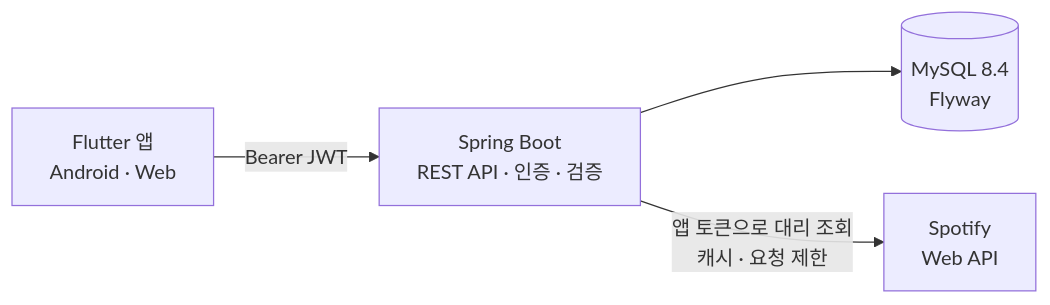
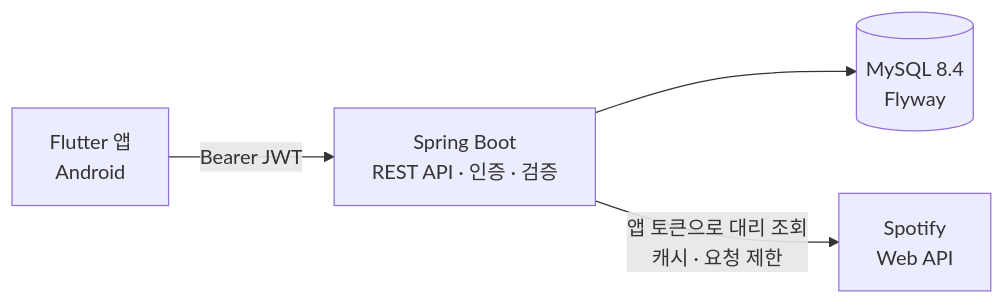
The first of 3 diagrams in README.md (minwoo0708/PLIVIEW_server), drawn with Mermaid before and after one commit. The commit also changed other lines of this file, not shown here.

````diff
--- a/README.md
+++ b/README.md
@@ -48,6 +48,6 @@
 ```mermaid
 flowchart LR
-    App["Flutter 앱<br/>Android · Web"] -- "Bearer JWT" --> API["Spring Boot<br/>REST API · 인증 · 검증"]
+    App["Flutter 앱<br/>Android"] -- "Bearer JWT" --> API["Spring Boot<br/>REST API · 인증 · 검증"]
     API --> DB[("MySQL 8.4<br/>Flyway")]
     API -- "앱 토큰으로 대리 조회<br/>캐시 · 요청 제한" --> SP["Spotify<br/>Web API"]
 ```
````
